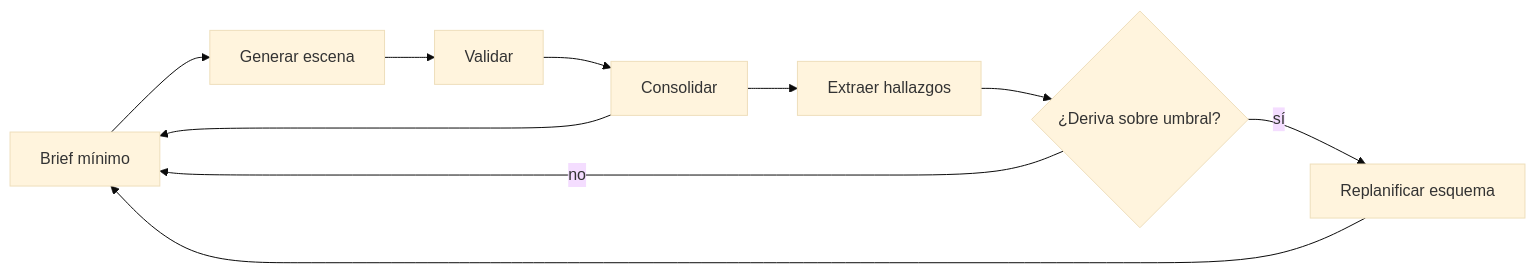
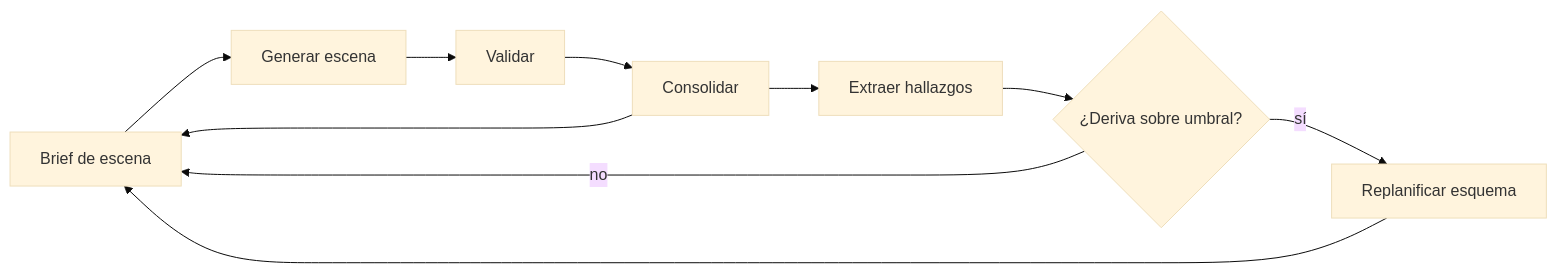
Before and after one commit to BrunoCrz3/MyStory: the third of 20 diagrams in docs/domain-knowledge.md, drawn with Mermaid (base theme). The commit also changed other lines of this file and 1 other file, not shown here.

````diff
--- a/docs/domain-knowledge.md
+++ b/docs/domain-knowledge.md
@@ -45,12 +46,12 @@
 ```mermaid
 flowchart LR
-  BRF[Brief mínimo] --> GEN[Generar escena]
+  BRF[Brief de escena] --> GEN[Generar escena]
   GEN --> VAL[Validar]
   VAL --> CSL[Consolidar]
   CSL --> BRF
   CSL --> EXT[Extraer hallazgos]
   EXT --> DRV{¿Deriva sobre umbral?}
   DRV -->|no| BRF
   DRV -->|sí| RPL[Replanificar esquema]
   RPL --> BRF
 ```
````
